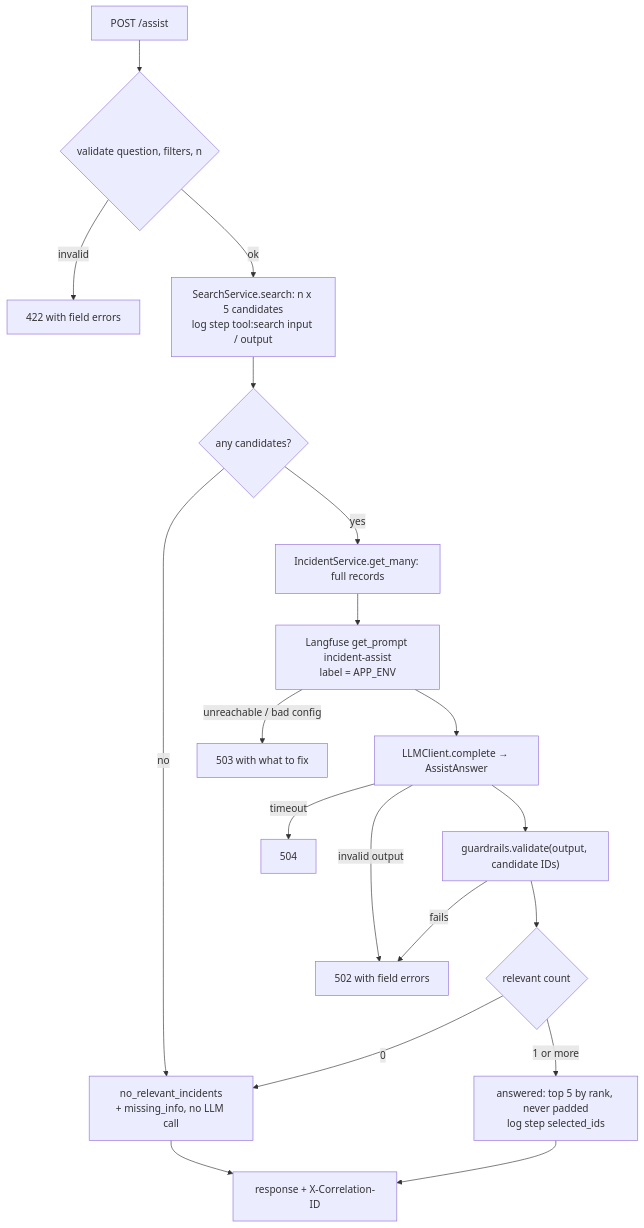
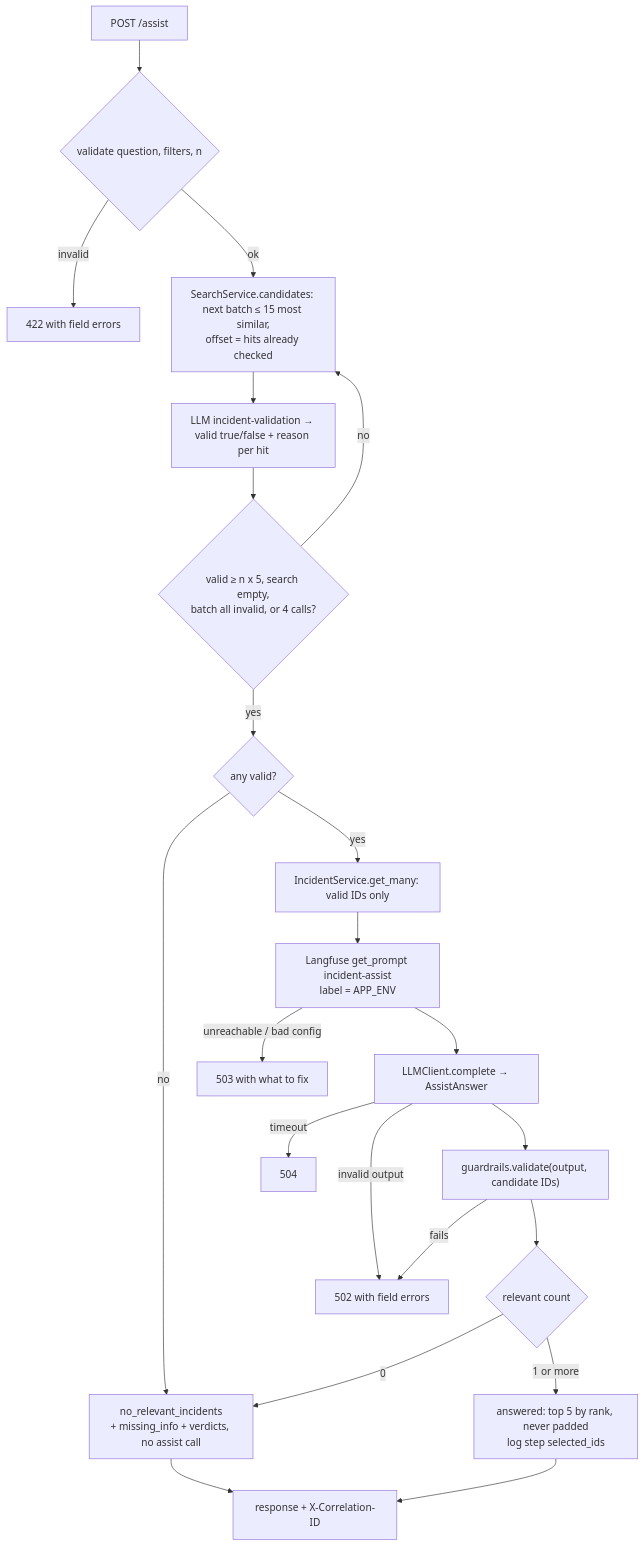
The fourth of 6 diagrams in .kiro/specs/incident-triage-api/design.md (gustavomoises/dayforce), drawn with Mermaid before and after one commit. The commit also changed other lines of this file and 16 other files, not shown here.

Commit message:
Assist: incident-validation screening in batches of 15 before relevance

````diff
--- a/.kiro/specs/incident-triage-api/design.md
+++ b/.kiro/specs/incident-triage-api/design.md
@@ -89,21 +89,24 @@
 ```mermaid
 flowchart TD
     R["POST /assist"] --> V{"validate question, filters, n"}
     V -- invalid --> E422["422 with field errors"]
-    V -- ok --> S["SearchService.search: n x 5 candidates<br/>log step tool:search input / output"]
-    S --> H{"any candidates?"}
-    H -- no --> NR["no_relevant_incidents<br/>+ missing_info, no LLM call"]
-    H -- yes --> G["IncidentService.get_many: full records"]
+    V -- ok --> S["SearchService.candidates: next batch ≤ 15 most similar,<br/>offset = hits already checked"]
+    S --> VL["LLM incident-validation → valid true/false + reason per hit"]
+    VL --> EN{"valid ≥ n x 5, search empty,<br/>batch all invalid, or 4 calls?"}
+    EN -- no --> S
+    EN -- yes --> H{"any valid?"}
+    H -- no --> NR["no_relevant_incidents<br/>+ missing_info + verdicts, no assist call"]
+    H -- yes --> G["IncidentService.get_many: valid IDs only"]
     G --> P["Langfuse get_prompt incident-assist<br/>label = APP_ENV"]
     P -- unreachable / bad config --> E503["503 with what to fix"]
     P --> L["LLMClient.complete → AssistAnswer"]
     L -- timeout --> E504["504"]
     L -- invalid output --> E502["502 with field errors"]
     L --> GR["guardrails.validate(output, candidate IDs)"]
     GR -- fails --> E502
     GR --> ST{"relevant count"}
     ST -- 0 --> NR
     ST -- 1 or more --> OK["answered: top 5 by rank, never padded<br/>log step selected_ids"]
     NR --> RESP["response + X-Correlation-ID"]
     OK --> RESP
 ```
````
